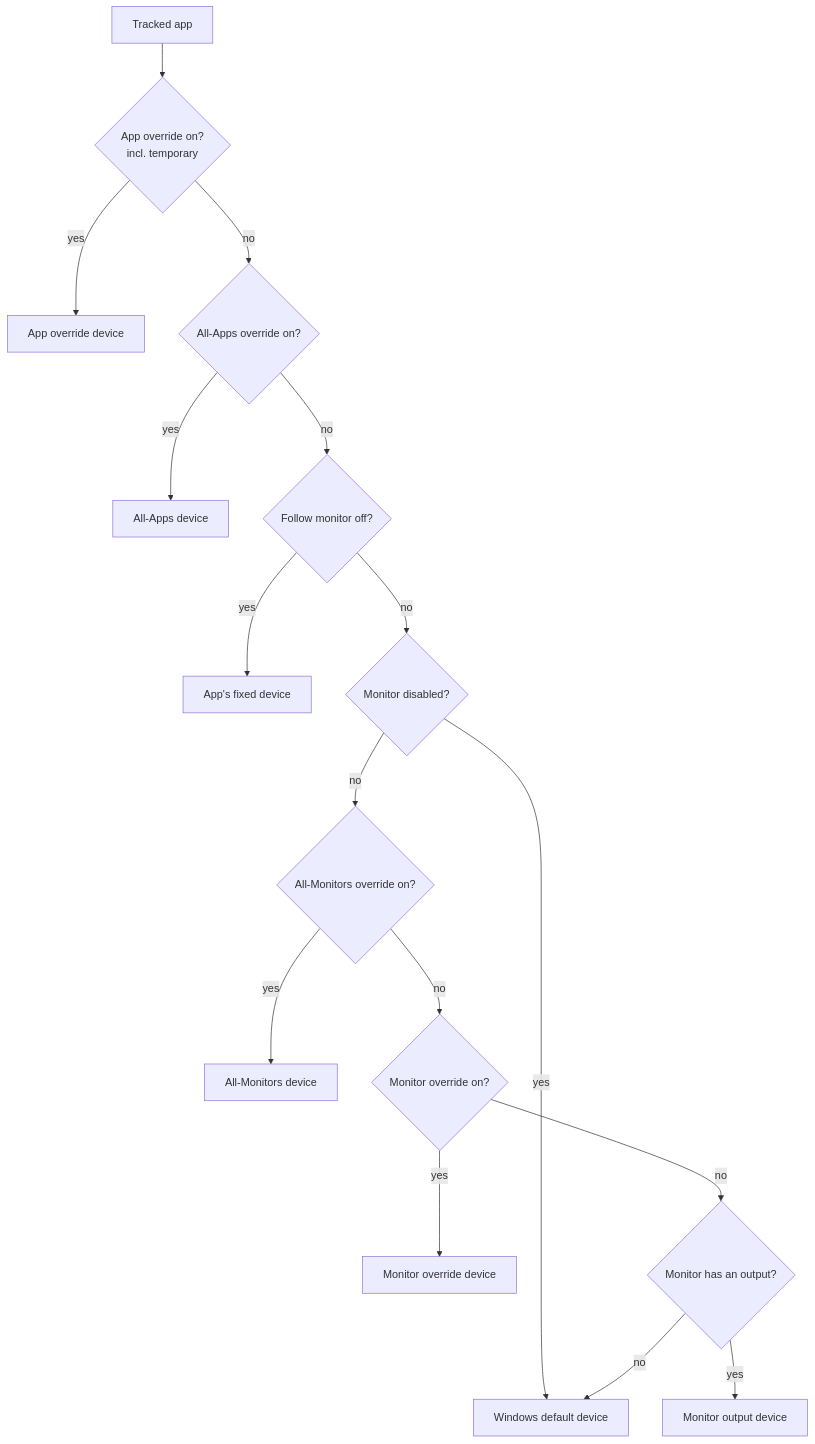
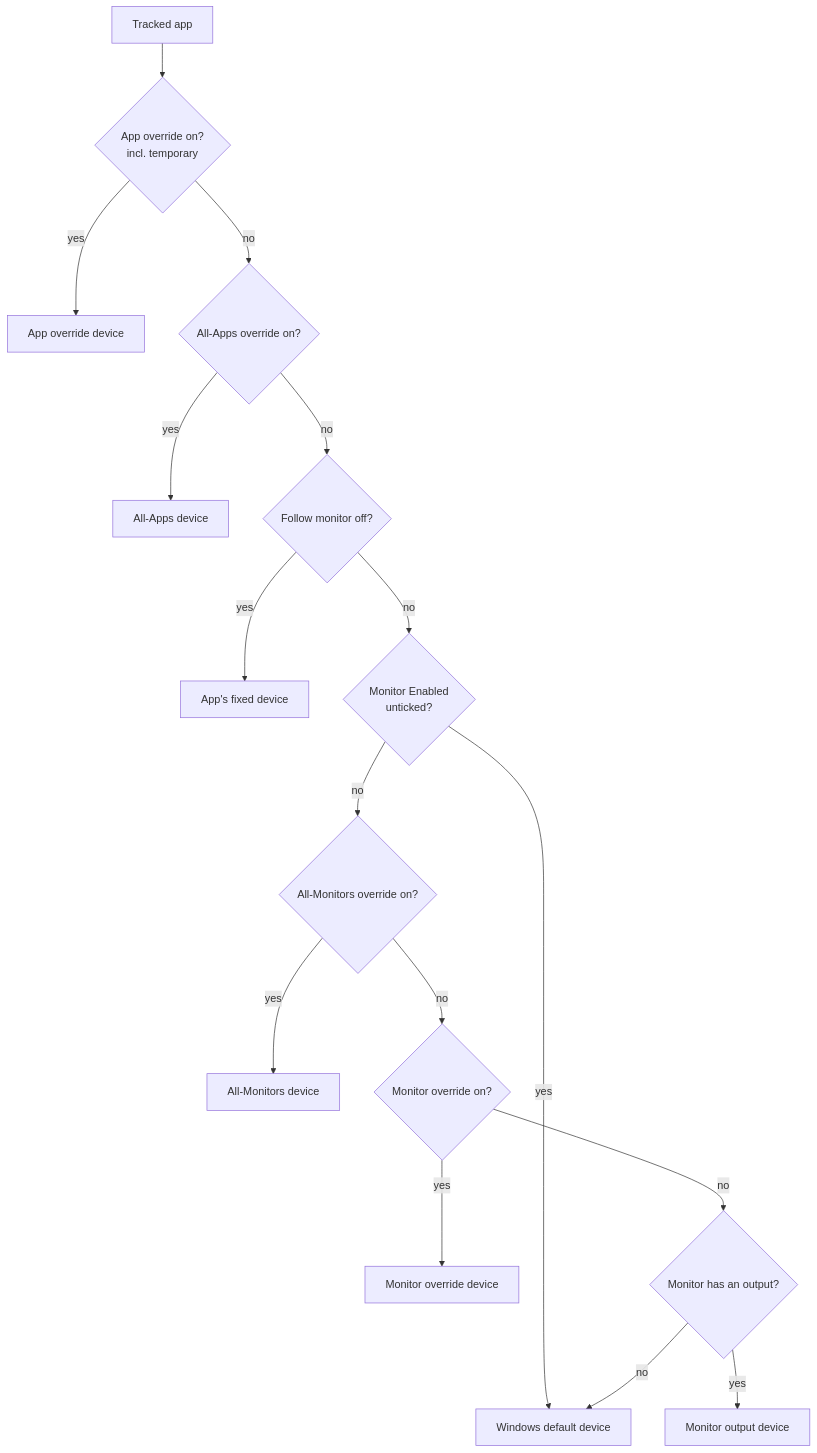
Before and after one commit to panoc/Screen-Audio-Router: the diagram in README.md, drawn with Mermaid. The commit also changed other lines of this file and 1 other file, not shown here.

````diff
--- a/README.md
+++ b/README.md
@@ -73,18 +80,18 @@
 ```mermaid
 flowchart TD
     A[Tracked app] --> B{App override on?<br/>incl. temporary}
     B -- yes --> Z1[App override device]
     B -- no --> C{All-Apps override on?}
     C -- yes --> Z2[All-Apps device]
     C -- no --> D{Follow monitor off?}
     D -- yes --> Z3[App's fixed device]
-    D -- no --> E{Monitor disabled?}
+    D -- no --> E{Monitor Enabled<br/>unticked?}
     E -- yes --> Z0[Windows default device]
     E -- no --> F{All-Monitors override on?}
     F -- yes --> Z4[All-Monitors device]
     F -- no --> G{Monitor override on?}
     G -- yes --> Z5[Monitor override device]
     G -- no --> H{Monitor has an output?}
     H -- yes --> Z6[Monitor output device]
     H -- no --> Z0
 ```
````
